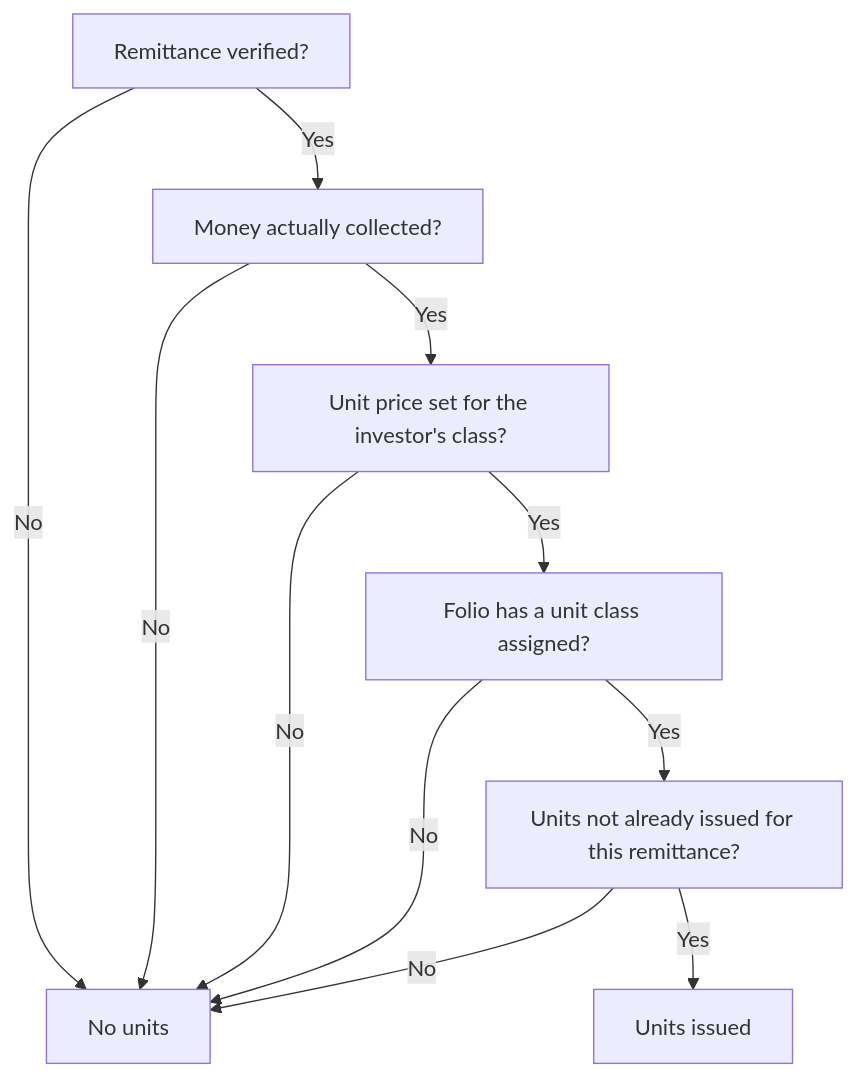
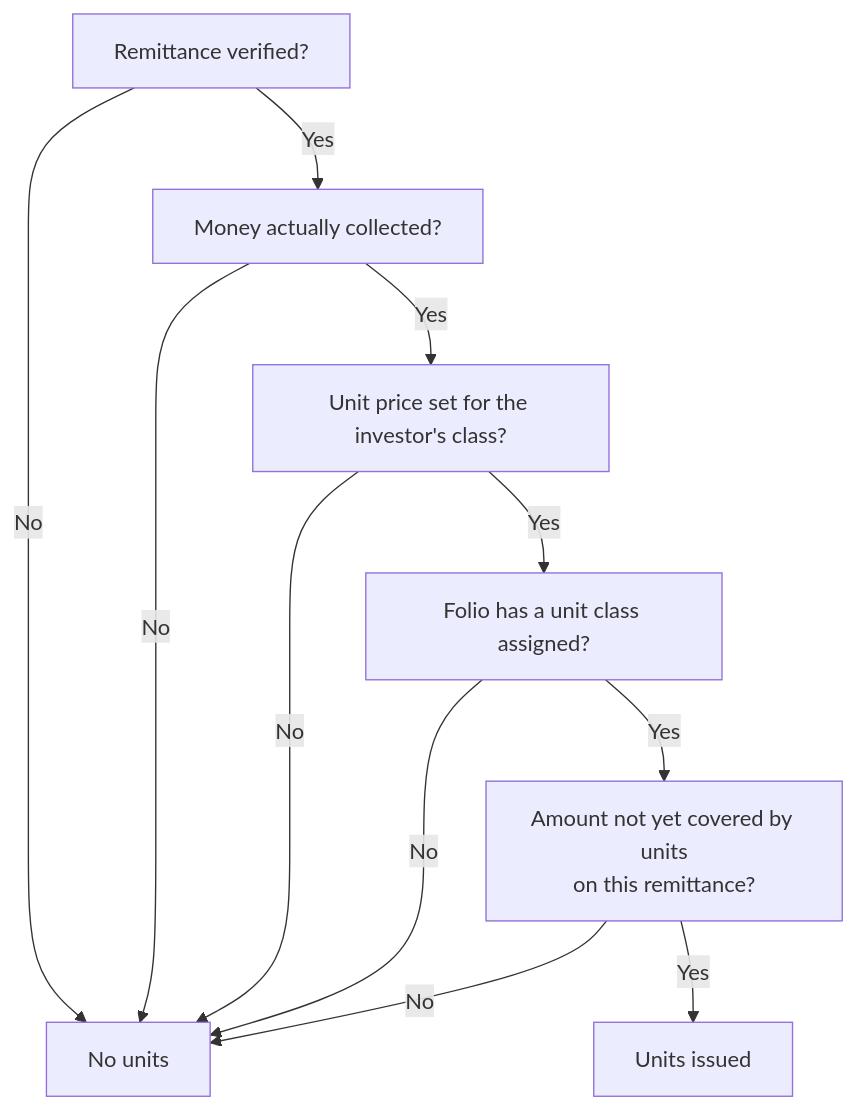
The second of 3 diagrams in docs/user_guides/fund_units_user_guide.md (sampadadiwan/IRM_CompanyMain), drawn with Mermaid before and after one commit. The commit also changed other lines of this file and 135 other files, not shown here.

````diff
--- a/docs/user_guides/fund_units_user_guide.md
+++ b/docs/user_guides/fund_units_user_guide.md
@@ -97,13 +102,13 @@
 ```mermaid
 flowchart TD
     A[Remittance verified?] -->|No| X[No units]
     A -->|Yes| B[Money actually collected?]
     B -->|No| X
     B -->|Yes| C[Unit price set for the investor's class?]
     C -->|No| X
     C -->|Yes| D[Folio has a unit class assigned?]
     D -->|No| X
-    D -->|Yes| E[Units not already issued for this remittance?]
+    D -->|Yes| E[Amount not yet covered by units<br/>on this remittance?]
     E -->|No| X
     E -->|Yes| F[Units issued]
 ```
````
